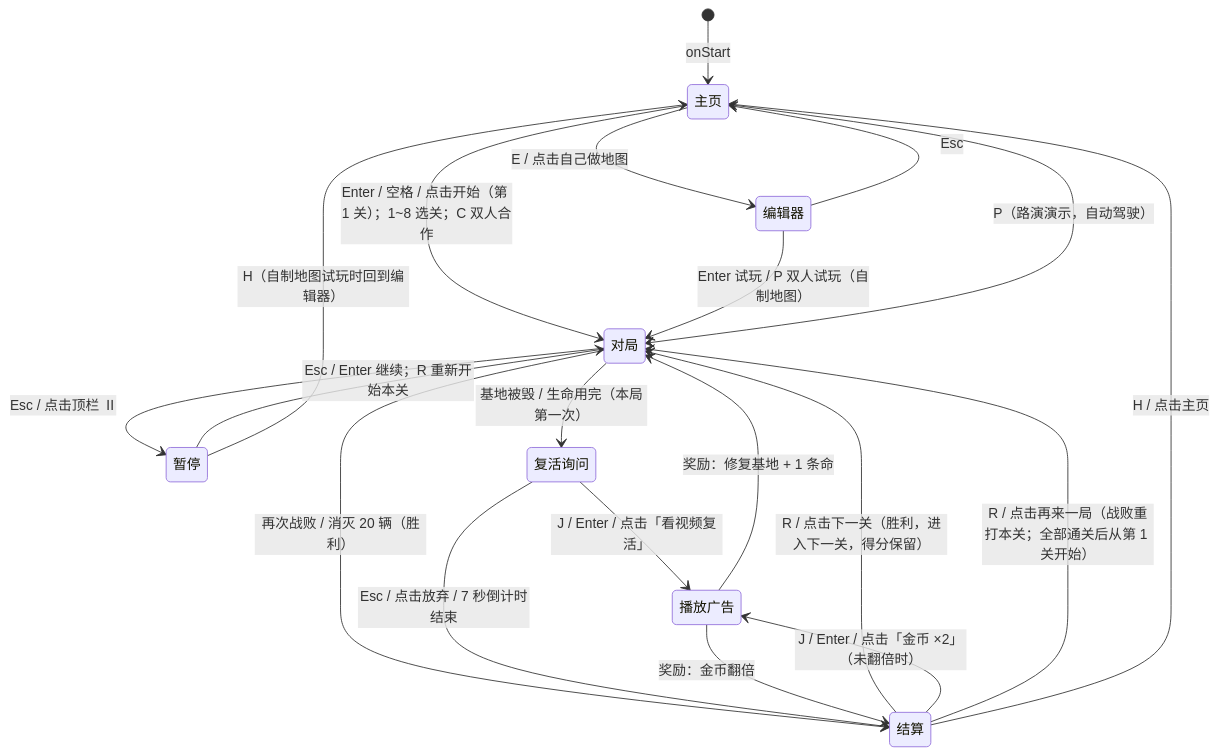
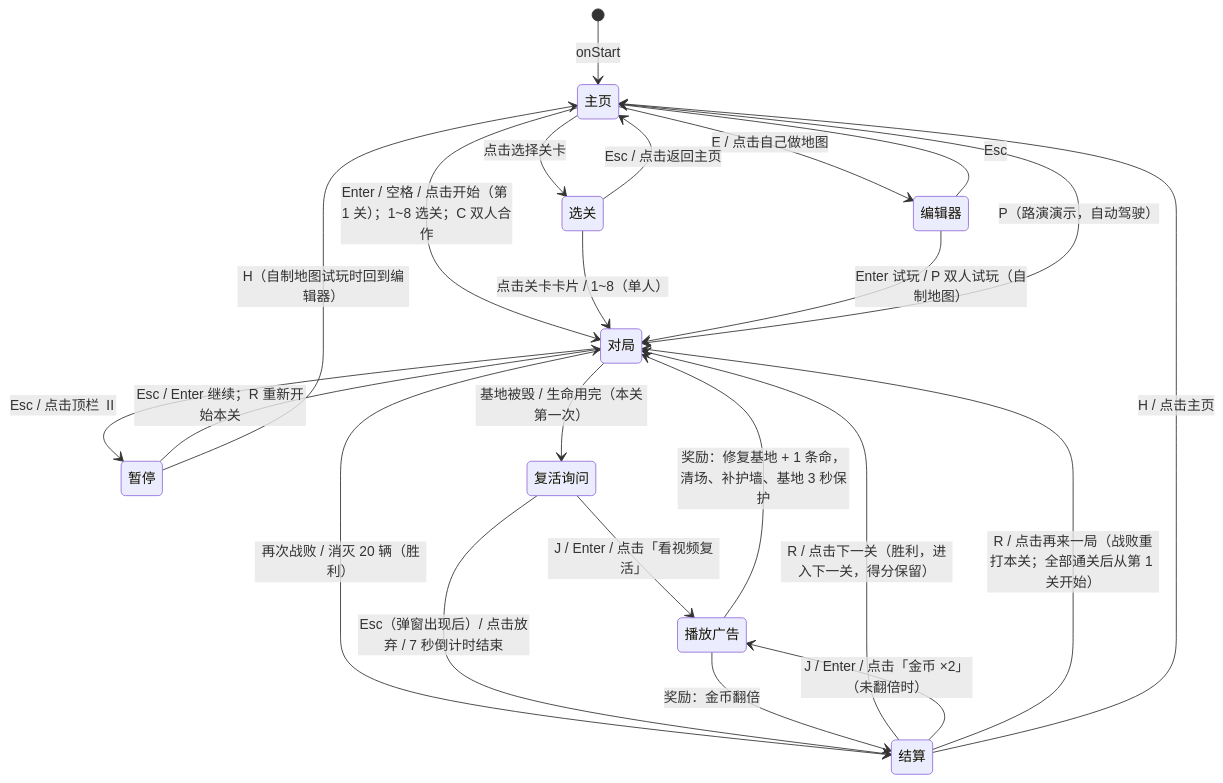
The second of 2 diagrams in docs/ARCHITECTURE.md (Qiniu-ERE/zero), drawn with Mermaid before and after one commit. The commit also changed other lines of this file and 4 other files, not shown here.

````diff
--- a/docs/ARCHITECTURE.md
+++ b/docs/ARCHITECTURE.md
@@ -149,22 +157,25 @@
 ```mermaid
 stateDiagram-v2
   [*] --> 主页: onStart
   主页 --> 对局: Enter / 空格 / 点击开始（第 1 关）；1~8 选关；C 双人合作
   主页 --> 编辑器: E / 点击自己做地图
+  主页 --> 选关: 点击选择关卡
+  选关 --> 对局: 点击关卡卡片 / 1~8（单人）
+  选关 --> 主页: Esc / 点击返回主页
   对局 --> 暂停: Esc / 点击顶栏 Ⅱ
   暂停 --> 对局: Esc / Enter 继续；R 重新开始本关
   暂停 --> 主页: H（自制地图试玩时回到编辑器）
   编辑器 --> 对局: Enter 试玩 / P 双人试玩（自制地图）
   编辑器 --> 主页: Esc
   主页 --> 对局: P（路演演示，自动驾驶）
-  对局 --> 复活询问: 基地被毁 / 生命用完（本局第一次）
+  对局 --> 复活询问: 基地被毁 / 生命用完（本关第一次）
   对局 --> 结算: 再次战败 / 消灭 20 辆（胜利）
   结算 --> 对局: R / 点击下一关（胜利，进入下一关，得分保留）
   复活询问 --> 播放广告: J / Enter / 点击「看视频复活」
-  复活询问 --> 结算: Esc / 点击放弃 / 7 秒倒计时结束
-  播放广告 --> 对局: 奖励：修复基地 + 1 条命
+  复活询问 --> 结算: Esc（弹窗出现后）/ 点击放弃 / 7 秒倒计时结束
+  播放广告 --> 对局: 奖励：修复基地 + 1 条命，清场、补护墙、基地 3 秒保护
   结算 --> 播放广告: J / Enter / 点击「金币 ×2」（未翻倍时）
   播放广告 --> 结算: 奖励：金币翻倍
   结算 --> 对局: R / 点击再来一局（战败重打本关；全部通关后从第 1 关开始）
   结算 --> 主页: H / 点击主页
 ```
````
